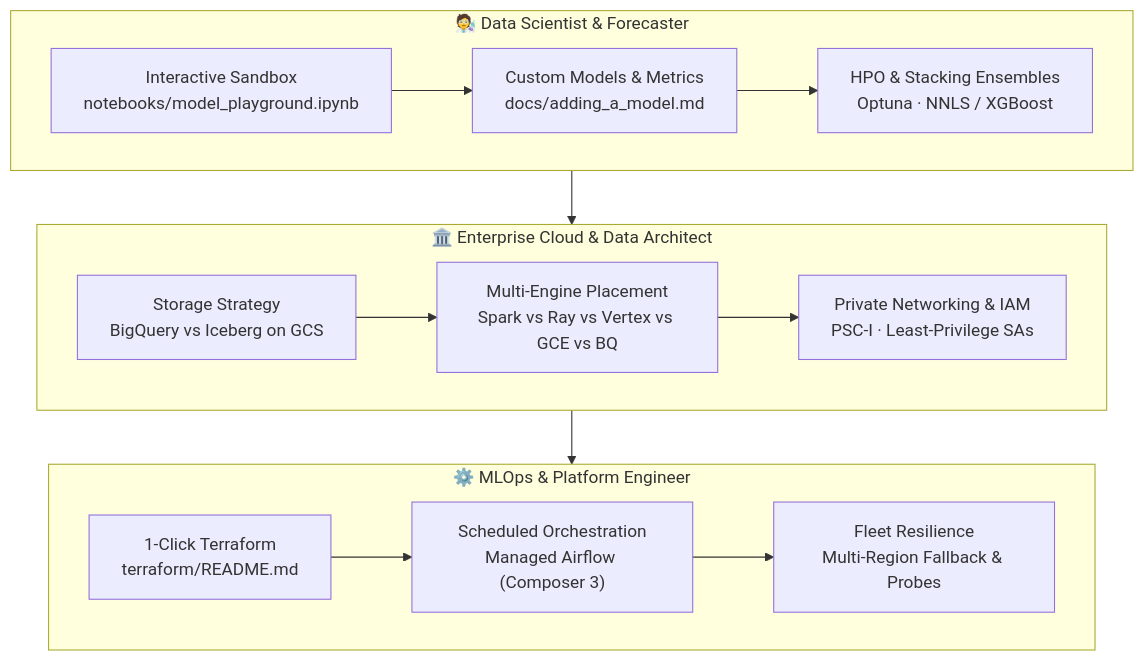
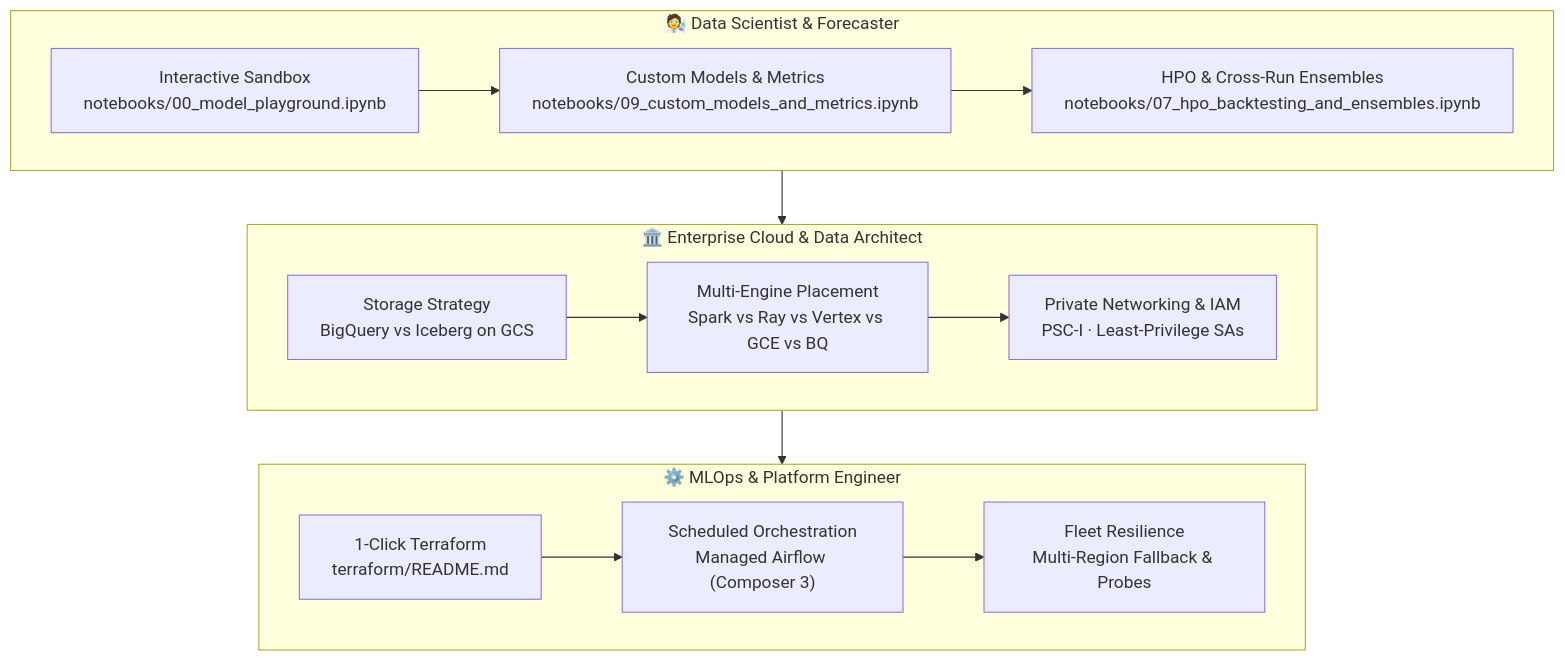
One commit to statmike/scale-forecasting changed the fourth of 6 diagrams in README.md. Above: the diagram before and after it, drawn with Mermaid. The commit also changed other lines of this file and 44 other files, not shown here.

````diff
--- a/README.md
+++ b/README.md
@@ -572,19 +572,19 @@
 ```mermaid
 flowchart TD
     subgraph DataScientist["🧑‍🔬 Data Scientist & Forecaster"]
         direction LR
-        DS1["Interactive Sandbox<br/>notebooks/model_playground.ipynb"] --> DS2["Custom Models & Metrics<br/>docs/adding_a_model.md"] --> DS3["HPO & Stacking Ensembles<br/>Optuna · NNLS / XGBoost"]
+        DS1["Interactive Sandbox<br/>notebooks/00_model_playground.ipynb"] --> DS2["Custom Models & Metrics<br/>notebooks/09_custom_models_and_metrics.ipynb"] --> DS3["HPO & Cross-Run Ensembles<br/>notebooks/07_hpo_backtesting_and_ensembles.ipynb"]
     end
 
     subgraph Architect["🏛️ Enterprise Cloud & Data Architect"]
         direction LR
         AR1["Storage Strategy<br/>BigQuery vs Iceberg on GCS"] --> AR2["Multi-Engine Placement<br/>Spark vs Ray vs Vertex vs GCE vs BQ"] --> AR3["Private Networking & IAM<br/>PSC-I · Least-Privilege SAs"]
     end
 
     subgraph MLOps["⚙️ MLOps & Platform Engineer"]
         direction LR
         OP1["1-Click Terraform<br/>terraform/README.md"] --> OP2["Scheduled Orchestration<br/>Managed Airflow (Composer 3)"] --> OP3["Fleet Resilience<br/>Multi-Region Fallback & Probes"]
     end
 
     DataScientist --> Architect --> MLOps
 ```
````
